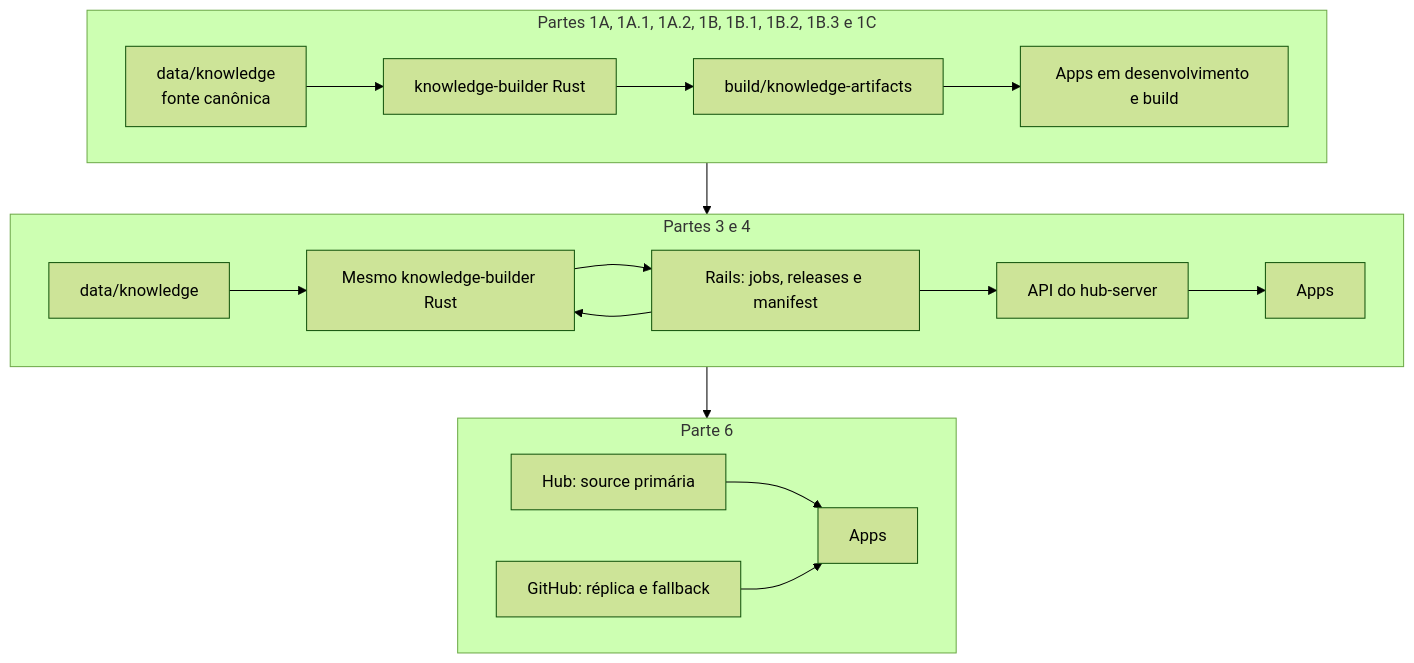
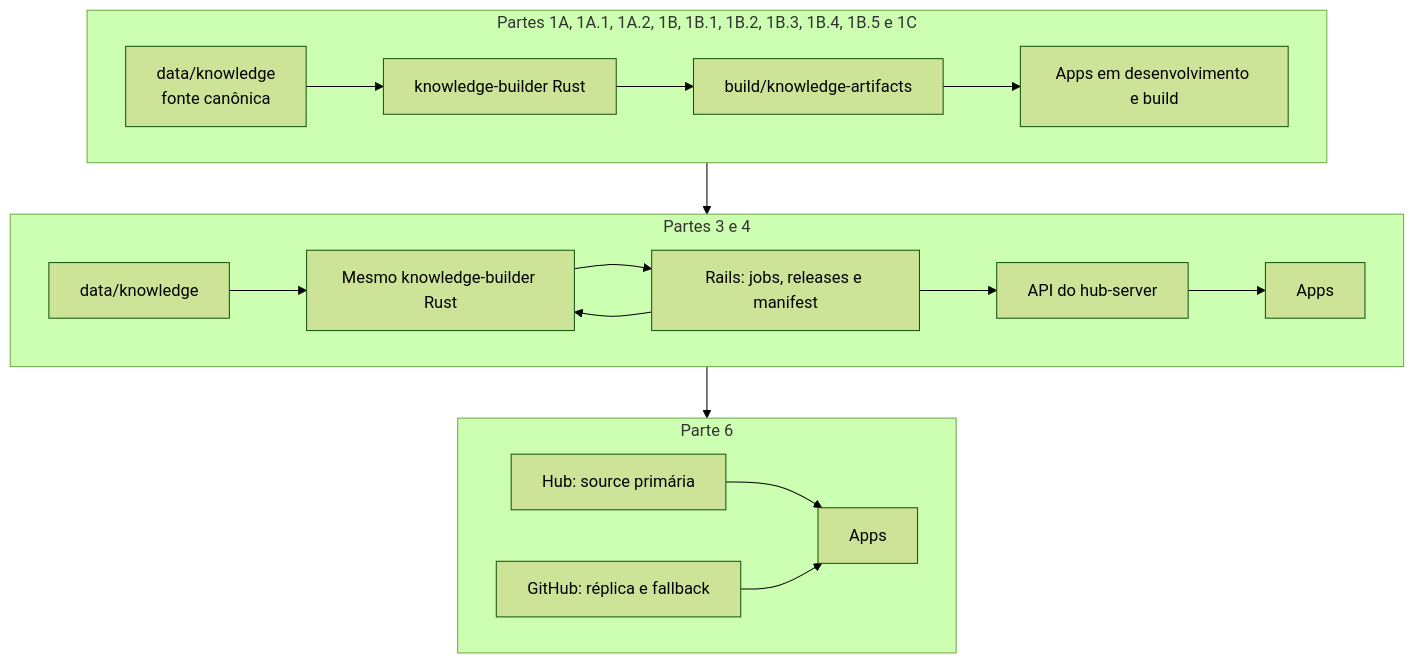
One commit to migmoroni/veterinary-clinic changed the second of 3 diagrams in docs/plans/hub-server/README.md. Above: the diagram before and after it, drawn with Mermaid (forest theme). The commit also changed other lines of this file and 20 other files, not shown here.

````diff
--- a/docs/plans/hub-server/README.md
+++ b/docs/plans/hub-server/README.md
@@ -58,23 +62,23 @@
 ```mermaid
 flowchart TB
-    subgraph S1["Partes 1A, 1A.1, 1A.2, 1B, 1B.1, 1B.2, 1B.3 e 1C"]
+    subgraph S1["Partes 1A, 1A.1, 1A.2, 1B, 1B.1, 1B.2, 1B.3, 1B.4, 1B.5 e 1C"]
         D1["data/knowledge<br/>fonte canônica"] --> G1["knowledge-builder Rust"]
         G1 --> B1["build/knowledge-artifacts"]
         B1 --> A1["Apps em desenvolvimento e build"]
     end
 
     subgraph S2["Partes 3 e 4"]
         D2["data/knowledge"] --> G2["Mesmo knowledge-builder Rust"]
         R2["Rails: jobs, releases e manifest"] --> G2
         G2 --> R2
         R2 --> H2["API do hub-server"]
         H2 --> A2["Apps"]
     end
 
     subgraph S3["Parte 6"]
         H3["Hub: source primária"] --> A3["Apps"]
         GH3["GitHub: réplica e fallback"] --> A3
     end
 
     S1 --> S2 --> S3
 ```
````
